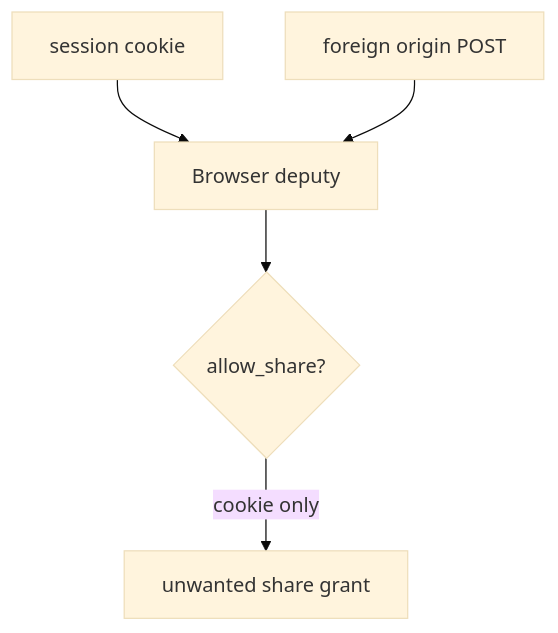
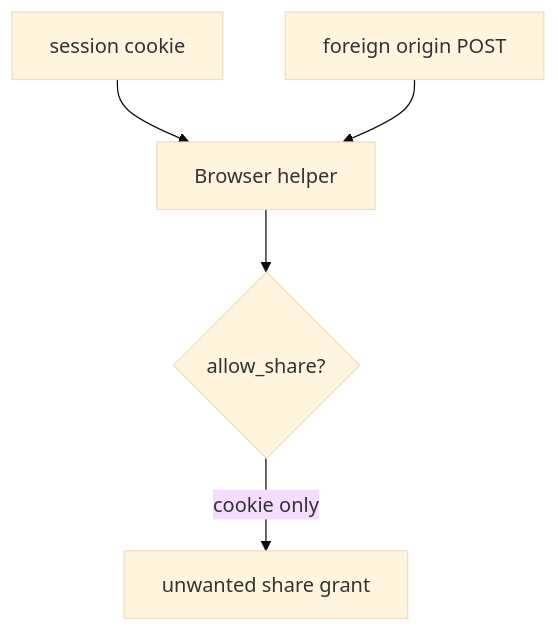
The first of 2 diagrams in content/modules/6/6.3/lessons/01-property.md (ishitvagoel/LearnSecurity), drawn with Mermaid (base theme) before and after one commit. The commit also changed other lines of this file and 55 other files, not shown here.

````diff
--- a/content/modules/6/6.3/lessons/01-property.md
+++ b/content/modules/6/6.3/lessons/01-property.md
@@ -19,7 +18,7 @@
 ```mermaid
 flowchart TD
-  Cookie[session cookie] --> Browser[Browser deputy]
+  Cookie[session cookie] --> Browser[Browser helper]
   Foreign[foreign origin POST] --> Browser
   Browser --> App{allow_share?}
   App -->|cookie only| Share[unwanted share grant]
 ```
````
